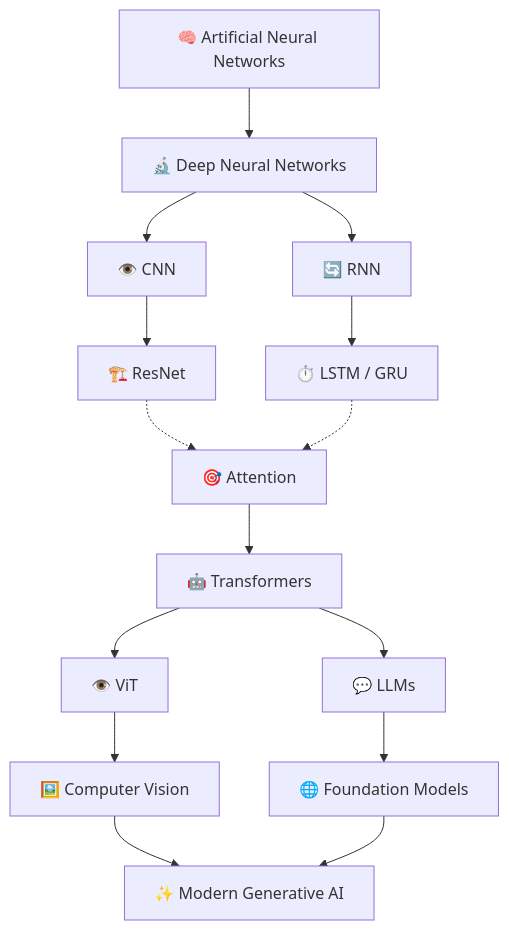
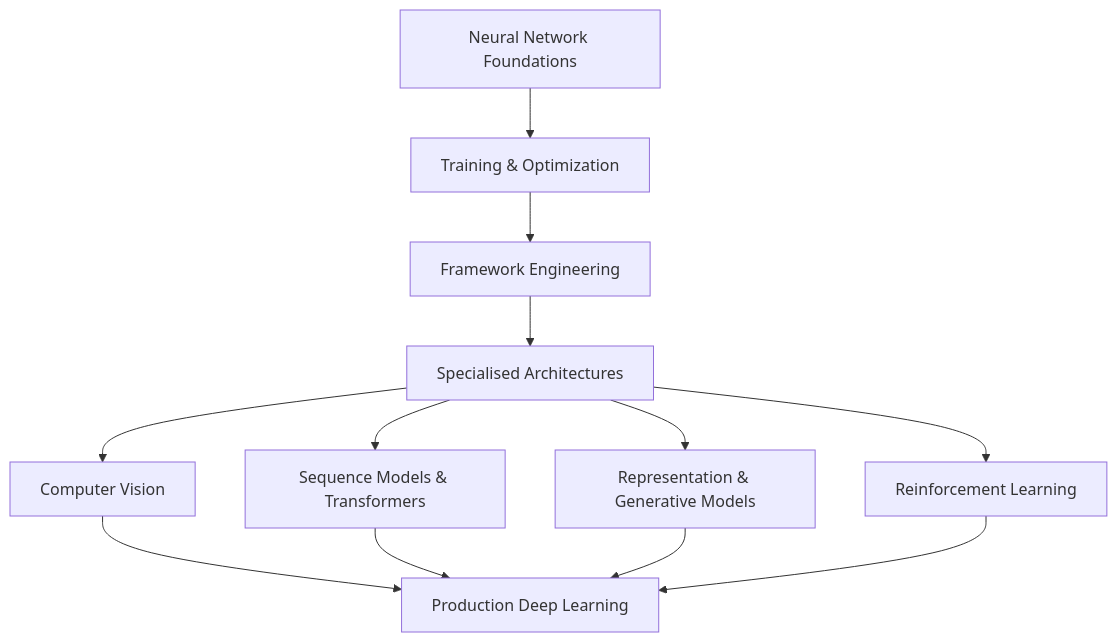
The diagram in docs/02-deep-learning/index.md (MihirKJha/enterprise-ai-engineering-handbook), drawn with Mermaid before and after one commit. The commit also changed other lines of this file and 7 other files, not shown here.

````diff
--- a/docs/02-deep-learning/index.md
+++ b/docs/02-deep-learning/index.md
@@ -511,45 +164,14 @@
 ```mermaid
 flowchart TD
-
-ANN["🧠 Artificial Neural Networks"]
-DNN["🔬 Deep Neural Networks"]
-
-CNN["👁️ CNN"]
-RNN["🔄 RNN"]
-
-RESNET["🏗️ ResNet"]
-LSTM["⏱️ LSTM / GRU"]
-
-ATT["🎯 Attention"]
-TRANS["🤖 Transformers"]
-
-VIT["👁️ ViT"]
-LLM["💬 LLMs"]
-
-CV["🖼️ Computer Vision"]
-FM["🌐 Foundation Models"]
-
-GEN["✨ Modern Generative AI"]
-
-ANN --> DNN
-
-DNN --> CNN
-DNN --> RNN
-
-CNN --> RESNET
-RNN --> LSTM
-
-RESNET -.-> ATT
-LSTM -.-> ATT
-
-ATT --> TRANS
-
-TRANS --> VIT
-TRANS --> LLM
-
-VIT --> CV
-LLM --> FM
-
-CV --> GEN
-FM --> GEN
+    A["Neural Network Foundations"] --> B["Training & Optimization"]
+    B --> C["Framework Engineering"]
+    C --> D["Specialised Architectures"]
+    D --> E["Computer Vision"]
+    D --> F["Sequence Models & Transformers"]
+    D --> G["Representation & Generative Models"]
+    D --> H["Reinforcement Learning"]
+    E --> I["Production Deep Learning"]
+    F --> I
+    G --> I
+    H --> I
 ```
````
